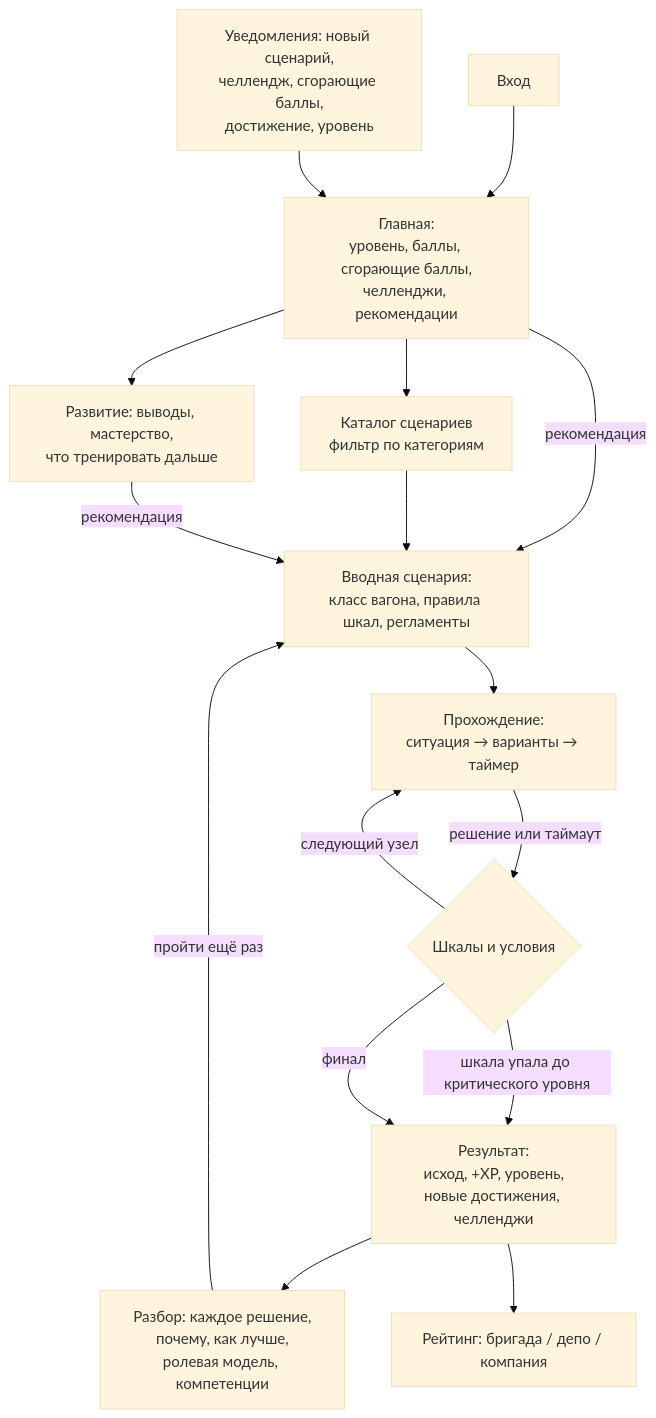
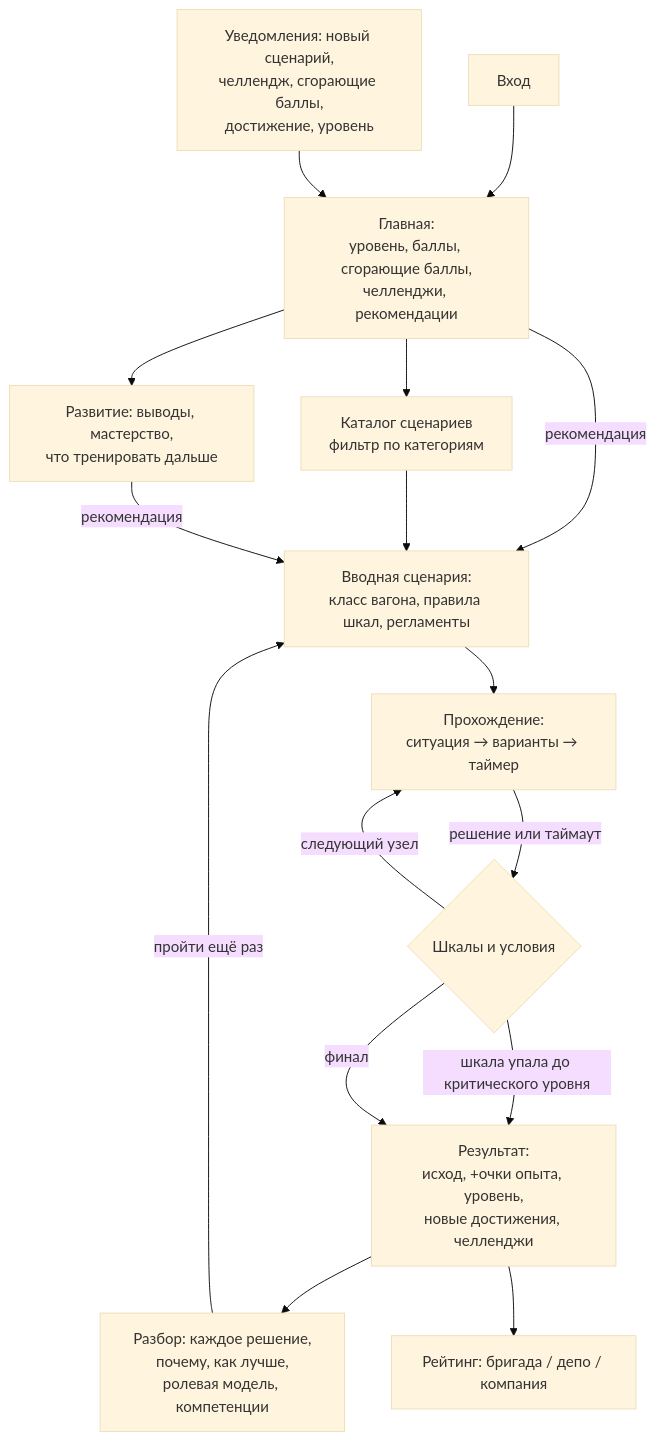
Before and after one commit to zhurich/mt-hackathon: the first of 2 diagrams in docs/user-flow.md, drawn with Mermaid (base theme). The commit also changed 26 other files, not shown here.

First line of the commit message:
Замена «XP» на «очки опыта», комментарии на русском

````diff
--- a/docs/user-flow.md
+++ b/docs/user-flow.md
@@ -5,18 +5,18 @@
 ```mermaid
 flowchart TD
     L[Вход] --> H[Главная:<br/>уровень, баллы, сгорающие баллы,<br/>челленджи, рекомендации]
     H --> C[Каталог сценариев<br/>фильтр по категориям]
     H -->|рекомендация| B
     C --> B[Вводная сценария:<br/>класс вагона, правила шкал, регламенты]
     B --> P[Прохождение:<br/>ситуация → варианты → таймер]
     P -->|решение или таймаут| S{Шкалы и условия}
     S -->|следующий узел| P
     S -->|шкала упала до критического уровня| E
-    S -->|финал| E[Результат:<br/>исход, +XP, уровень,<br/>новые достижения, челленджи]
+    S -->|финал| E[Результат:<br/>исход, +очки опыта, уровень,<br/>новые достижения, челленджи]
     E --> D[Разбор: каждое решение,<br/>почему, как лучше,<br/>ролевая модель, компетенции]
     D -->|пройти ещё раз| B
     E --> R[Рейтинг: бригада / депо / компания]
     H --> A[Развитие: выводы, мастерство,<br/>что тренировать дальше]
     A -->|рекомендация| B
     N[Уведомления: новый сценарий,<br/>челлендж, сгорающие баллы,<br/>достижение, уровень] --> H
 ```
````
